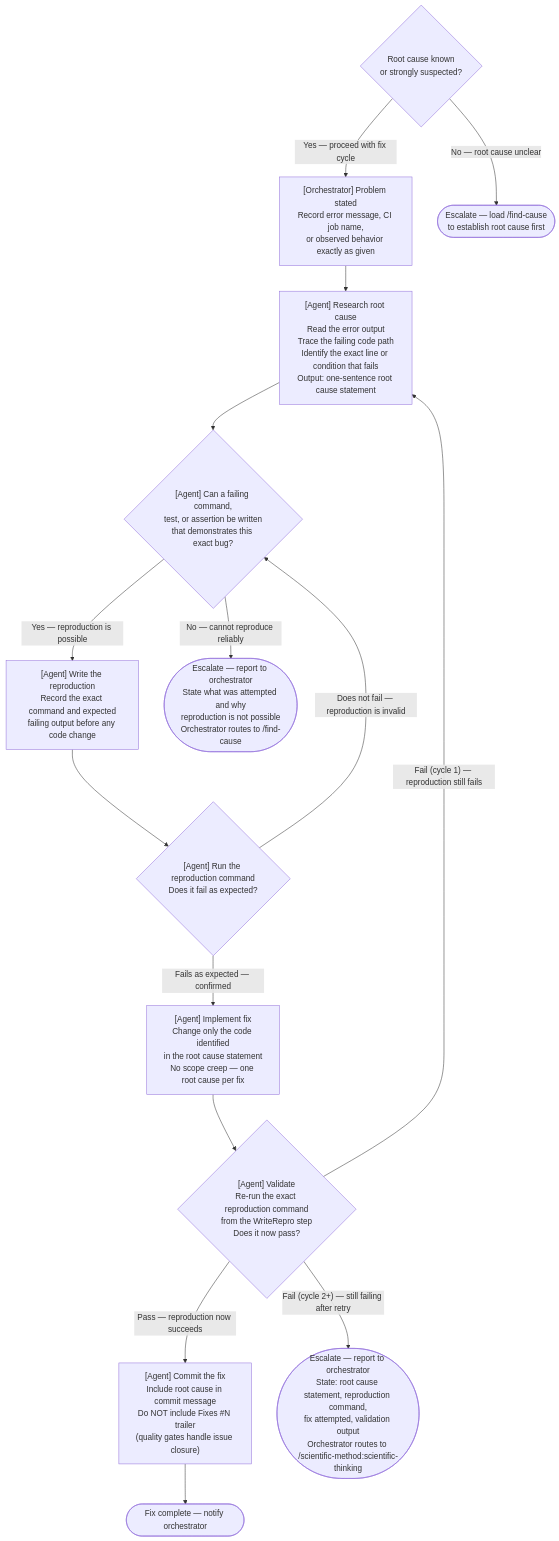
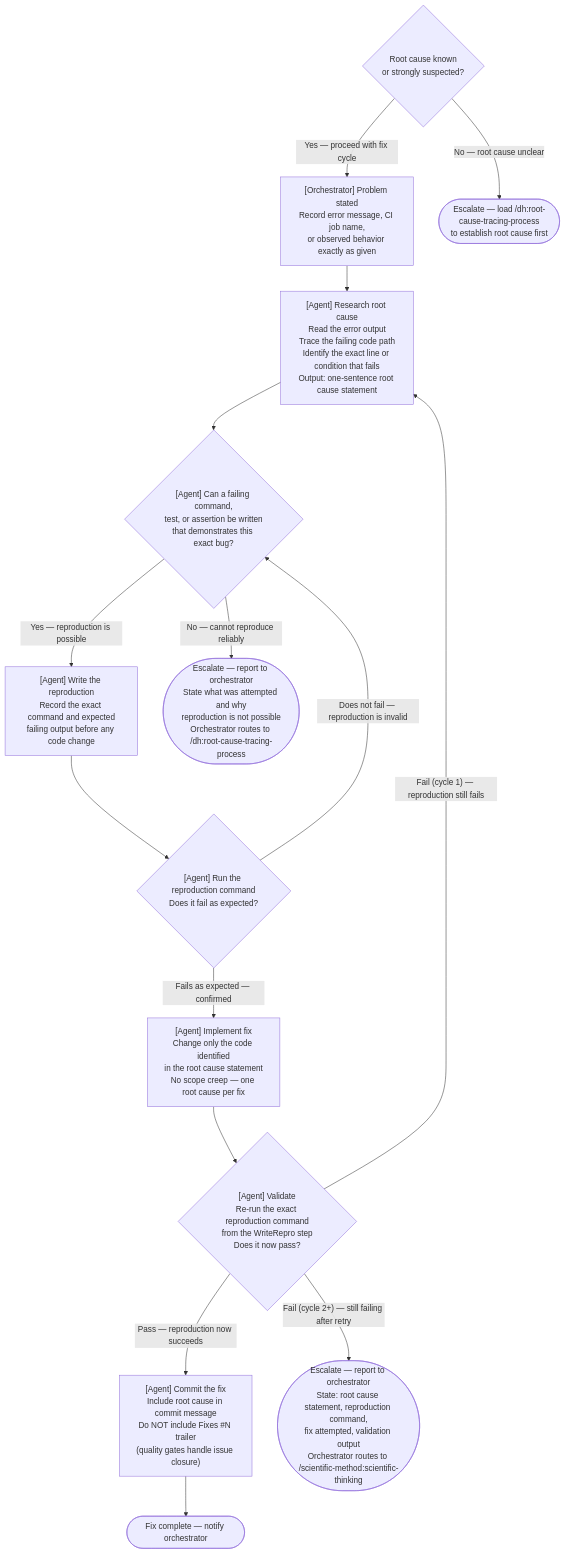
The diagram in rules/fix-delegation-discipline.md (Jamie-BitFlight/claude_skills), drawn with Mermaid before and after one commit. The commit also changed other lines of this file and 26 other files, not shown here.

First line of the commit message:
feat(dh): split root-cause tracing out of find-cause into root-cause-tracing-process (#3648)

````diff
--- a/rules/fix-delegation-discipline.md
+++ b/rules/fix-delegation-discipline.md
@@ -7,26 +7,26 @@
 ```mermaid
 flowchart TD
     Entry{"Root cause known<br>or strongly suspected?"}
     Entry -->|"Yes — proceed with fix cycle"| P
-    Entry -->|"No — root cause unclear"| FindCause(["Escalate — load /find-cause<br>to establish root cause first"])
+    Entry -->|"No — root cause unclear"| TraceCause(["Escalate — load /dh:root-cause-tracing-process<br>to establish root cause first"])
 
     P["[Orchestrator] Problem stated<br>Record error message, CI job name,<br>or observed behavior exactly as given"]
     P --> R["[Agent] Research root cause<br>Read the error output<br>Trace the failing code path<br>Identify the exact line or condition that fails<br>Output: one-sentence root cause statement"]
 
     R --> Repro{"[Agent] Can a failing command,<br>test, or assertion be written<br>that demonstrates this exact bug?"}
     Repro -->|"Yes — reproduction is possible"| WriteRepro["[Agent] Write the reproduction<br>Record the exact command and expected<br>failing output before any code change"]
-    Repro -->|"No — cannot reproduce reliably"| CannotRepro(["Escalate — report to orchestrator<br>State what was attempted and why<br>reproduction is not possible<br>Orchestrator routes to /find-cause"])
+    Repro -->|"No — cannot reproduce reliably"| CannotRepro(["Escalate — report to orchestrator<br>State what was attempted and why<br>reproduction is not possible<br>Orchestrator routes to /dh:root-cause-tracing-process"])
 
     WriteRepro --> RunRepro{"[Agent] Run the reproduction command<br>Does it fail as expected?"}
     RunRepro -->|"Fails as expected — confirmed"| Impl
     RunRepro -->|"Does not fail — reproduction is invalid"| Repro
 
     Impl["[Agent] Implement fix<br>Change only the code identified<br>in the root cause statement<br>No scope creep — one root cause per fix"]
 
     Impl --> Val{"[Agent] Validate<br>Re-run the exact reproduction command<br>from the WriteRepro step<br>Does it now pass?"}
     Val -->|"Pass — reproduction now succeeds"| Commit["[Agent] Commit the fix<br>Include root cause in commit message<br>Do NOT include Fixes #N trailer<br>(quality gates handle issue closure)"]
     Commit --> Done(["Fix complete — notify orchestrator"])
 
     Val -->|"Fail (cycle 1) — reproduction still fails"| R
     Val -->|"Fail (cycle 2+) — still failing after retry"| Stuck(["Escalate — report to orchestrator<br>State: root cause statement, reproduction command,<br>fix attempted, validation output<br>Orchestrator routes to /scientific-method:scientific-thinking"])
 ```
````
